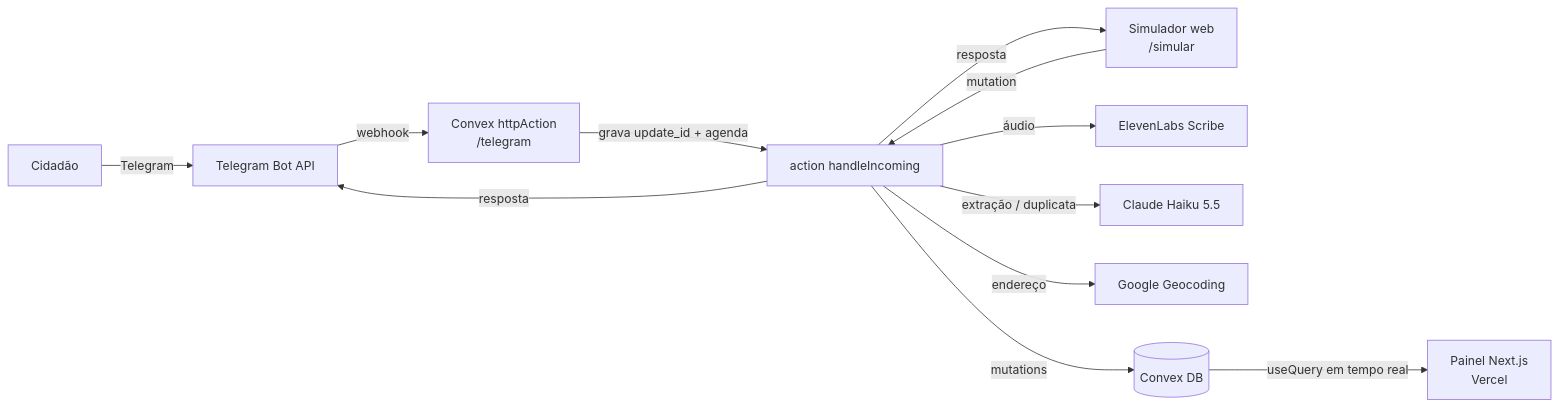
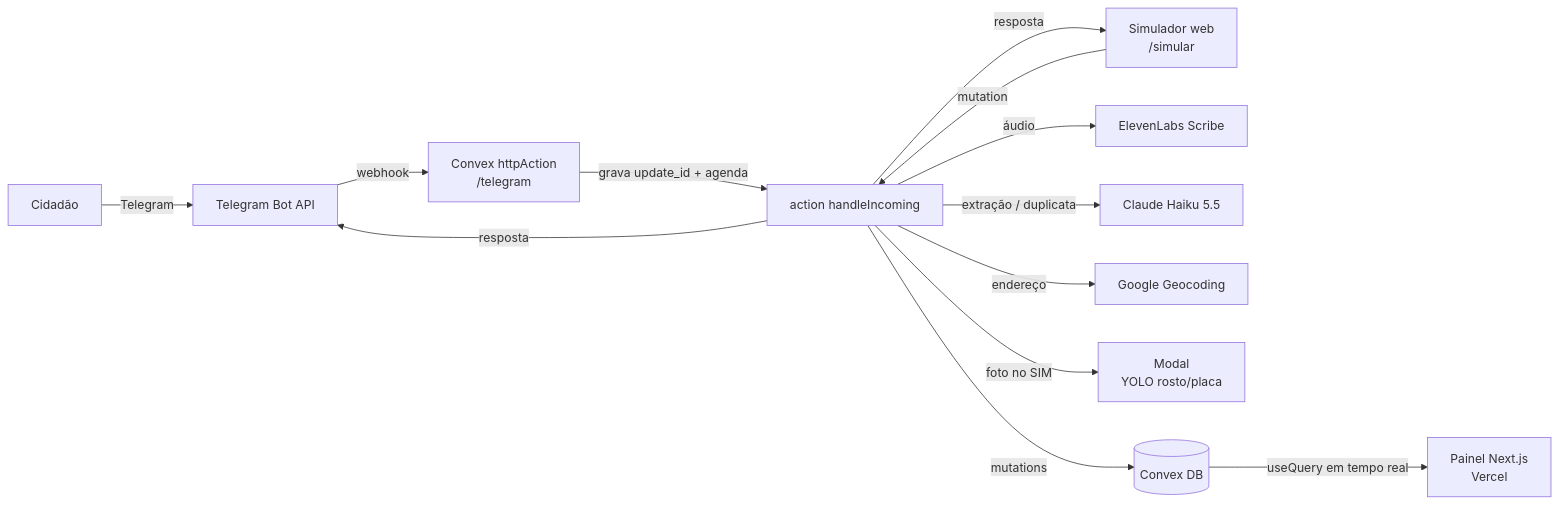
One commit to jonathangaldino/fiscaliz.ai changed the first of 3 diagrams in docs/arquitetura.md. Above: the diagram before and after it, drawn with Mermaid. The commit also changed other lines of this file and 4 other files, not shown here.

````diff
--- a/docs/arquitetura.md
+++ b/docs/arquitetura.md
@@ -28,14 +28,15 @@
 ```mermaid
 flowchart LR
   C[Cidadão] -- Telegram --> M[Telegram Bot API]
   M -- webhook --> H[Convex httpAction<br/>/telegram]
   S[Simulador web<br/>/simular] -- mutation --> Q
   H -- grava update_id + agenda --> Q[action handleIncoming]
   Q -- áudio --> E[ElevenLabs Scribe]
   Q -- extração / duplicata --> A[Claude Haiku 5.5]
   Q -- endereço --> G[Google Geocoding]
+  Q -- foto no SIM --> B[Modal<br/>YOLO rosto/placa]
   Q -- mutations --> DB[(Convex DB)]
   DB -- useQuery em tempo real --> P[Painel Next.js<br/>Vercel]
   Q -- resposta --> M
   Q -- resposta --> S
 ```
````
